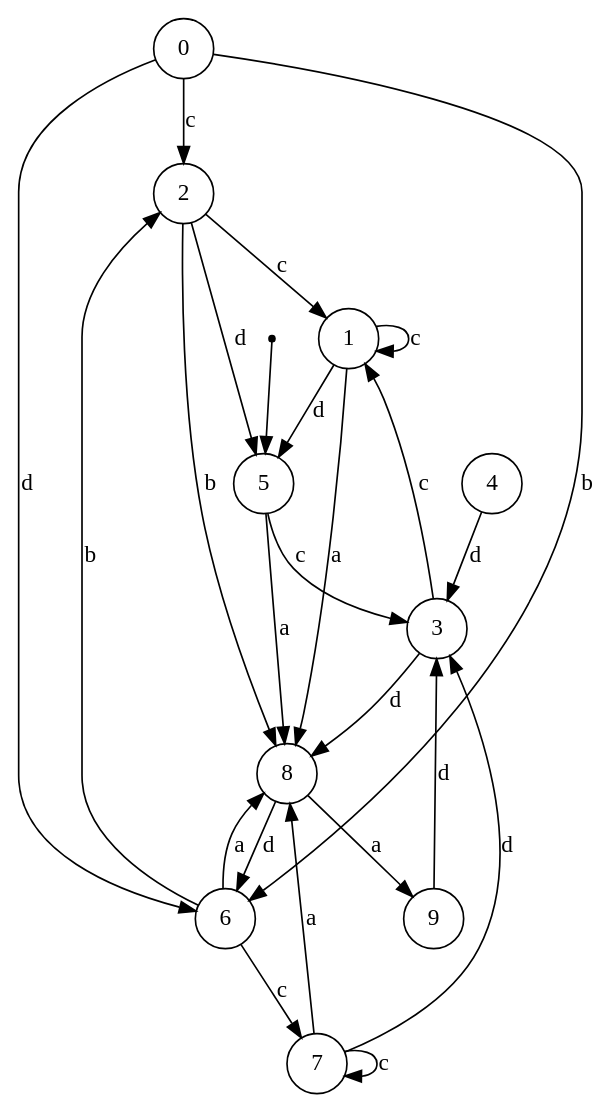
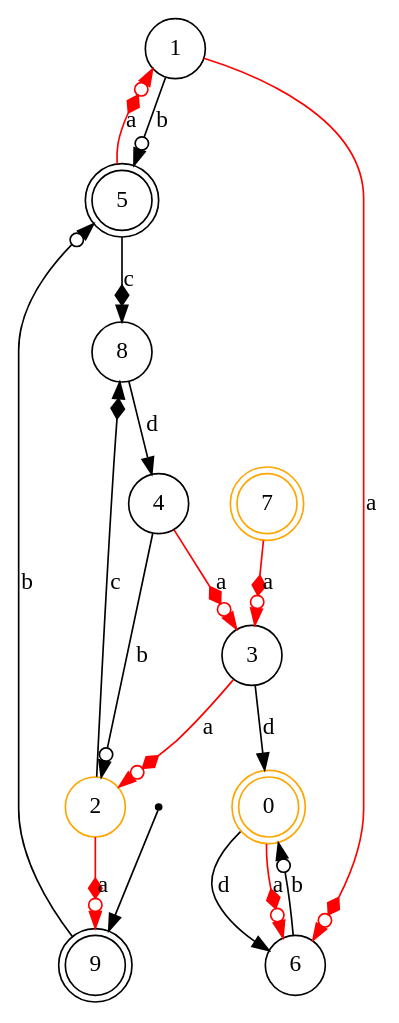
One commit to Reithger/Finite-State-Machine-Model changed the diagram in dotsource.dot. Above: the diagram before and after it, drawn with Graphviz. The commit also changed 56 other files, not shown here.

```diff
--- a/dotsource.dot
+++ b/dotsource.dot
@@ -1,37 +1,30 @@
 digraph G {
-"0"[shape = circle color = "black"];
+"0"[shape = doublecircle color = "orange"];
 "1"[shape = circle color = "black"];
-"2"[shape = circle color = "black"];
+"2"[shape = circle color = "orange"];
 "3"[shape = circle color = "black"];
 "4"[shape = circle color = "black"];
-"5"[shape = circle color = "black"];
-"___NEVER_USE_THIS_NAME___5"[fontSize = 1 shape = point]; 
-{"___NEVER_USE_THIS_NAME___5"}->{"5"}; 
+"5"[shape = doublecircle color = "black"];
 "6"[shape = circle color = "black"];
-"7"[shape = circle color = "black"];
+"7"[shape = doublecircle color = "orange"];
 "8"[shape = circle color = "black"];
-"9"[shape = circle color = "black"];
-"5"->{"3"} [label = "c" color = "black" arrowhead = "normal" ]; 
-"5"->{"8"} [label = "a" color = "black" arrowhead = "normal" ]; 
-"9"->{"3"} [label = "d" color = "black" arrowhead = "normal" ]; 
-"8"->{"6"} [label = "d" color = "black" arrowhead = "normal" ]; 
-"8"->{"9"} [label = "a" color = "black" arrowhead = "normal" ]; 
-"3"->{"8"} [label = "d" color = "black" arrowhead = "normal" ]; 
-"3"->{"1"} [label = "c" color = "black" arrowhead = "normal" ]; 
-"6"->{"8"} [label = "a" color = "black" arrowhead = "normal" ]; 
-"6"->{"2"} [label = "b" color = "black" arrowhead = "normal" ]; 
-"6"->{"7"} [label = "c" color = "black" arrowhead = "normal" ]; 
-"4"->{"3"} [label = "d" color = "black" arrowhead = "normal" ]; 
-"1"->{"8"} [label = "a" color = "black" arrowhead = "normal" ]; 
-"1"->{"1"} [label = "c" color = "black" arrowhead = "normal" ]; 
-"1"->{"5"} [label = "d" color = "black" arrowhead = "normal" ]; 
-"2"->{"8"} [label = "b" color = "black" arrowhead = "normal" ]; 
-"2"->{"1"} [label = "c" color = "black" arrowhead = "normal" ]; 
-"2"->{"5"} [label = "d" color = "black" arrowhead = "normal" ]; 
-"0"->{"6"} [label = "b" color = "black" arrowhead = "normal" ]; 
+"9"[shape = doublecircle color = "black"];
+"___NEVER_USE_THIS_NAME___9"[fontSize = 1 shape = point]; 
+{"___NEVER_USE_THIS_NAME___9"}->{"9"}; 
+"2"->{"9"} [label = "a" color = "red" arrowhead = "normalodotdiamond" ]; 
+"2"->{"8"} [label = "c" color = "black" arrowhead = "normaldiamond" ]; 
+"5"->{"8"} [label = "c" color = "black" arrowhead = "normaldiamond" ]; 
+"5"->{"1"} [label = "a" color = "red" arrowhead = "normalodotdiamond" ]; 
+"4"->{"3"} [label = "a" color = "red" arrowhead = "normalodotdiamond" ]; 
+"4"->{"2"} [label = "b" color = "black" arrowhead = "normalodot" ]; 
+"9"->{"5"} [label = "b" color = "black" arrowhead = "normalodot" ]; 
+"1"->{"6"} [label = "a" color = "red" arrowhead = "normalodotdiamond" ]; 
+"1"->{"5"} [label = "b" color = "black" arrowhead = "normalodot" ]; 
+"6"->{"0"} [label = "b" color = "black" arrowhead = "normalodot" ]; 
 "0"->{"6"} [label = "d" color = "black" arrowhead = "normal" ]; 
-"0"->{"2"} [label = "c" color = "black" arrowhead = "normal" ]; 
-"7"->{"3"} [label = "d" color = "black" arrowhead = "normal" ]; 
-"7"->{"7"} [label = "c" color = "black" arrowhead = "normal" ]; 
-"7"->{"8"} [label = "a" color = "black" arrowhead = "normal" ]; 
+"0"->{"6"} [label = "a" color = "red" arrowhead = "normalodotdiamond" ]; 
+"7"->{"3"} [label = "a" color = "red" arrowhead = "normalodotdiamond" ]; 
+"3"->{"2"} [label = "a" color = "red" arrowhead = "normalodotdiamond" ]; 
+"3"->{"0"} [label = "d" color = "black" arrowhead = "normal" ]; 
+"8"->{"4"} [label = "d" color = "black" arrowhead = "normal" ]; 
 }
```
